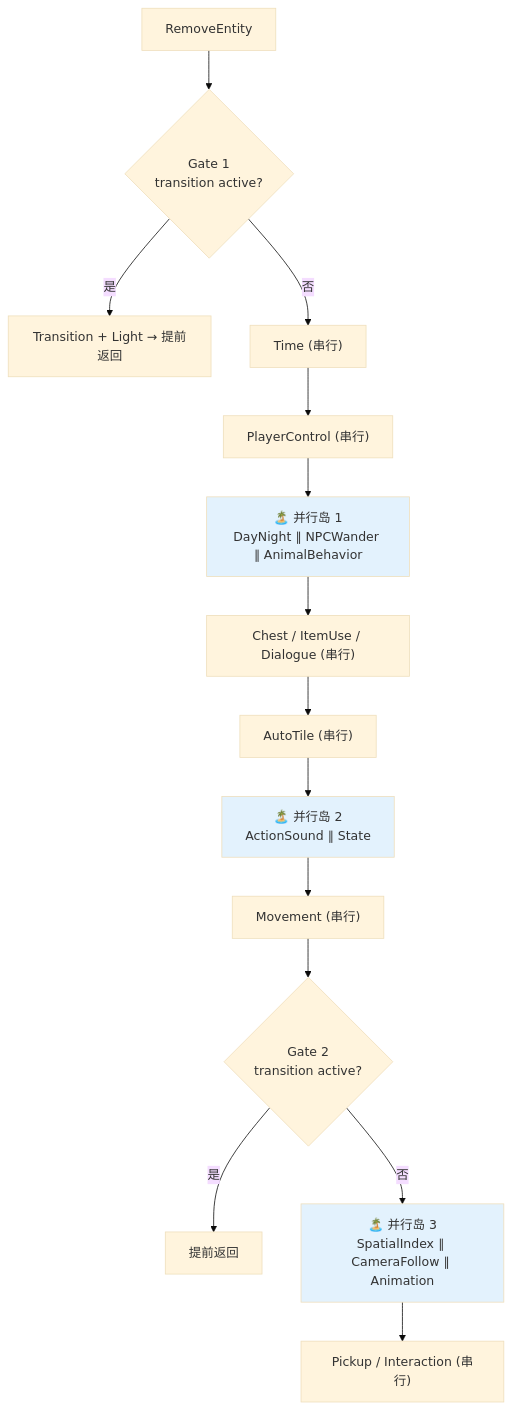
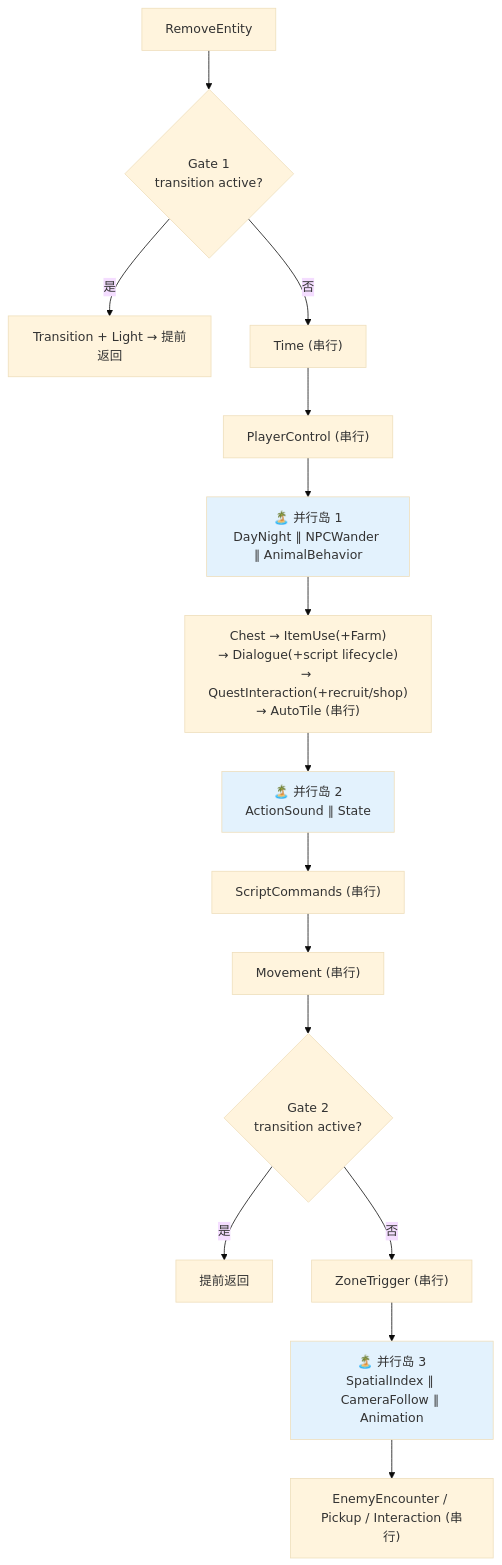
Before and after one commit to WispSnow/TinyFarmRPG: the sixth of 8 diagrams in docs/tutorial/multi-thread/10-ecs-parallel-scheduling.md, drawn with Mermaid (base theme). The commit also changed 11 other files, not shown here.

````diff
--- a/docs/tutorial/multi-thread/10-ecs-parallel-scheduling.md
+++ b/docs/tutorial/multi-thread/10-ecs-parallel-scheduling.md
@@ -437,25 +437,26 @@
 ```mermaid
 flowchart TD
     RE["RemoveEntity"] --> G1{"Gate 1<br/>transition active?"}
     G1 -->|是| TRANS["Transition + Light → 提前返回"]
     G1 -->|否| TIME["Time (串行)"]
     TIME --> PC["PlayerControl (串行)"]
 
     PC --> I1["🏝️ 并行岛 1<br/>DayNight ∥ NPCWander ∥ AnimalBehavior"]
 
-    I1 --> CHEST["Chest / ItemUse / Dialogue (串行)"]
-    CHEST --> AT["AutoTile (串行)"]
+    I1 --> MIDSEQ["Chest → ItemUse(+Farm)<br/>→ Dialogue(+script lifecycle)<br/>→ QuestInteraction(+recruit/shop)<br/>→ AutoTile (串行)"]
 
-    AT --> I2["🏝️ 并行岛 2<br/>ActionSound ∥ State"]
+    MIDSEQ --> I2["🏝️ 并行岛 2<br/>ActionSound ∥ State"]
 
-    I2 --> MOV["Movement (串行)"]
+    I2 --> SCMD["ScriptCommands (串行)"]
+    SCMD --> MOV["Movement (串行)"]
     MOV --> G2{"Gate 2<br/>transition active?"}
     G2 -->|是| RETURN["提前返回"]
-    G2 -->|否| I3["🏝️ 并行岛 3<br/>SpatialIndex ∥ CameraFollow ∥ Animation"]
+    G2 -->|否| ZONE["ZoneTrigger (串行)"]
+    ZONE --> I3["🏝️ 并行岛 3<br/>SpatialIndex ∥ CameraFollow ∥ Animation"]
 
-    I3 --> FINAL["Pickup / Interaction (串行)"]
+    I3 --> FINAL["EnemyEncounter / Pickup / Interaction (串行)"]
 
     style I1 fill:#e3f2fd
     style I2 fill:#e3f2fd
     style I3 fill:#e3f2fd
 ```
````
